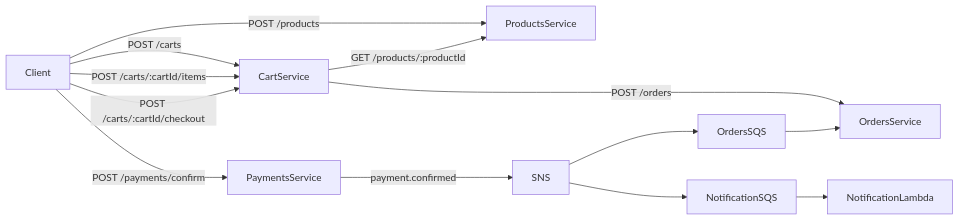
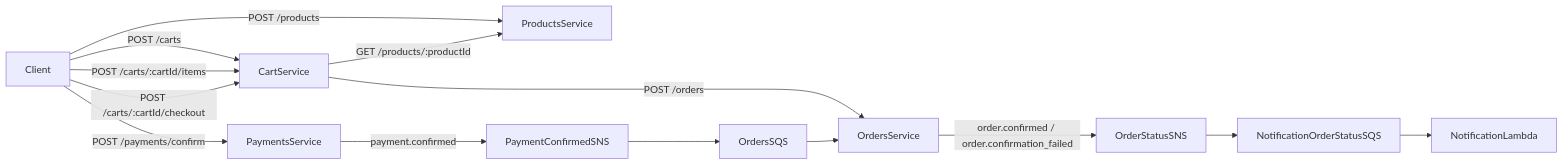
The second of 3 diagrams in docs/marketplace-simple-flow.md (dani-pereira-dev/microservice-sns-sqs), drawn with Mermaid before and after one commit. The commit also changed other lines of this file and 17 other files, not shown here.

````diff
--- a/docs/marketplace-simple-flow.md
+++ b/docs/marketplace-simple-flow.md
@@ -104,25 +104,27 @@
 ```mermaid
 flowchart LR
   Client[Client]
   Products[ProductsService]
   Cart[CartService]
   Orders[OrdersService]
   Payments[PaymentsService]
-  SNS[SNS]
+  PaymentTopic[PaymentConfirmedSNS]
   OrdersQueue[OrdersSQS]
-  NotifyQueue[NotificationSQS]
+  OrderStatusTopic[OrderStatusSNS]
+  NotifyQueue[NotificationOrderStatusSQS]
   NotifyLambda[NotificationLambda]
 
   Client -->|"POST /carts"| Cart
   Client -->|"POST /products"| Products
   Client -->|"POST /carts/:cartId/items"| Cart
   Cart -->|"GET /products/:productId"| Products
   Client -->|"POST /carts/:cartId/checkout"| Cart
   Cart -->|"POST /orders"| Orders
   Client -->|"POST /payments/confirm"| Payments
-  Payments -->|"payment.confirmed"| SNS
-  SNS --> OrdersQueue
-  SNS --> NotifyQueue
+  Payments -->|"payment.confirmed"| PaymentTopic
+  PaymentTopic --> OrdersQueue
   OrdersQueue --> Orders
+  Orders -->|"order.confirmed / order.confirmation_failed"| OrderStatusTopic
+  OrderStatusTopic --> NotifyQueue
   NotifyQueue --> NotifyLambda
 ```
````
